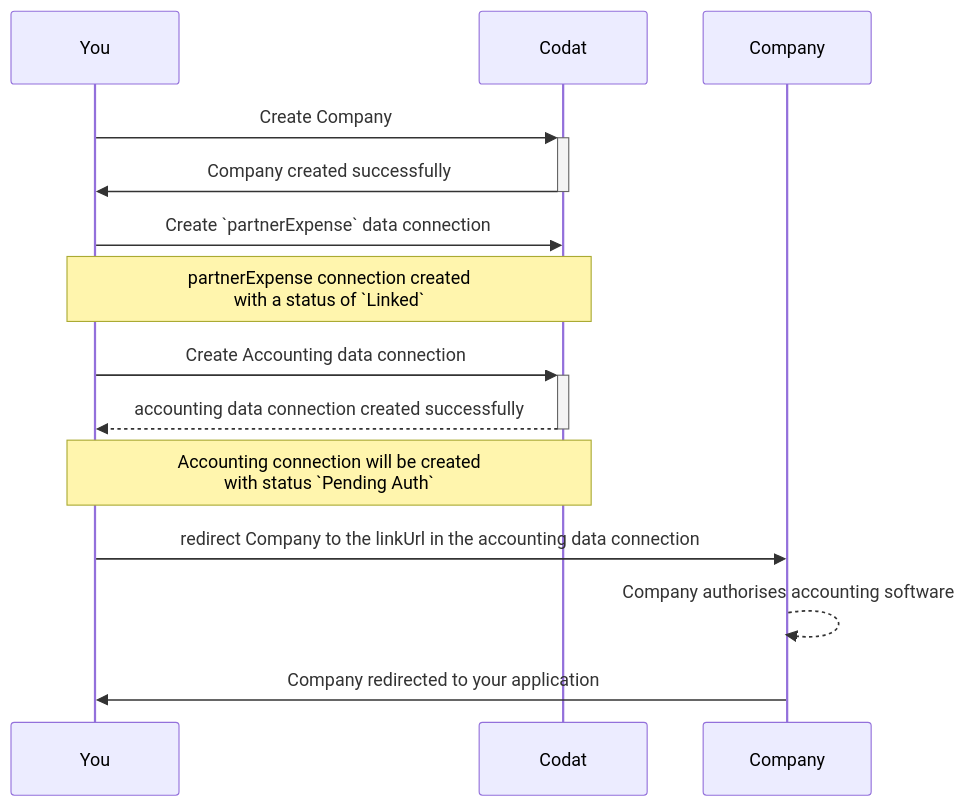
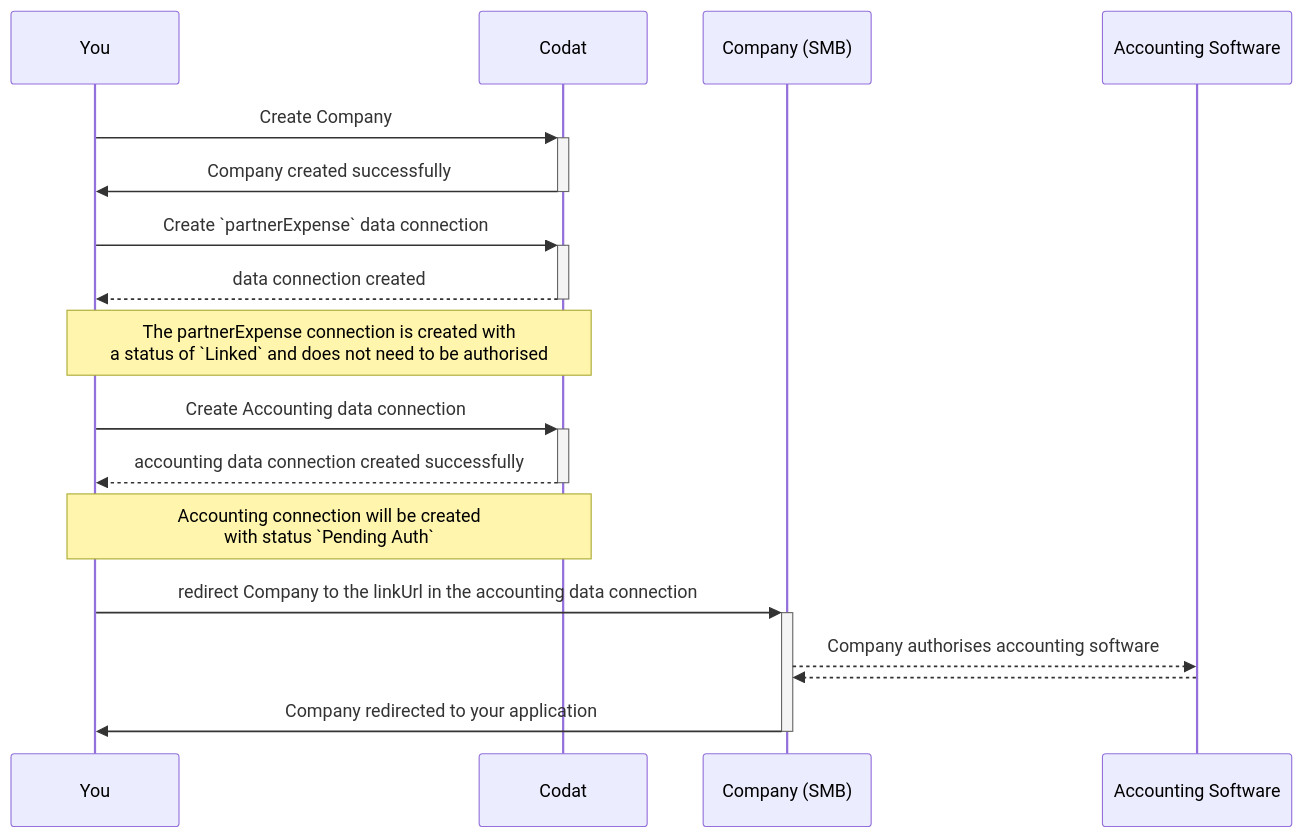
The diagram in docs/sync-for-expenses/gettingstarted.md (codatio/codat-docs), drawn with Mermaid before and after one commit.

Commit message:
updated sequence diagram
- updated Company to be more explicit about what they represent
- added response for partnerExpense connection
- added participant to represent accounting software

````diff
--- a/docs/sync-for-expenses/gettingstarted.md
+++ b/docs/sync-for-expenses/gettingstarted.md
@@ -60,16 +60,19 @@
 ``` mermaid
-  sequenceDiagram
-      participant You
-      participant Codat
-      participant Company
-          You->>+Codat: Create Company
-          Codat->>-You: Company created successfully
-          You->>Codat: Create `partnerExpense` data connection
-              Note over You, Codat: partnerExpense connection created<br> with a status of `Linked`
-          You->>+Codat: Create Accounting data connection
-          Codat-->>-You: accounting data connection created successfully
-              Note over You, Codat: Accounting connection will be created<br> with status `Pending Auth`
-          You->>Company: redirect Company to the linkUrl in the accounting data connection
-          Company-->>Company: Company authorises accounting software
-          Company->>You: Company redirected to your application
+sequenceDiagram
+    participant You
+    participant Codat
+    participant Company (SMB)
+    participant Accounting Software
+        You->>+Codat: Create Company
+        Codat->>-You: Company created successfully
+        You->>+Codat: Create `partnerExpense` data connection
+        Codat-->>-You: data connection created
+            Note over You, Codat: The partnerExpense connection is created with<br> a status of `Linked` and does not need to be authorised
+        You->>+Codat: Create Accounting data connection
+        Codat-->>-You: accounting data connection created successfully
+            Note over You, Codat: Accounting connection will be created<br> with status `Pending Auth`
+        You->>+Company (SMB): redirect Company to the linkUrl in the accounting data connection
+        Company (SMB)-->>Accounting Software: Company authorises accounting software
+        Accounting Software-->>Company (SMB): 
+        Company (SMB)->>-You: Company redirected to your application
 ```
````
